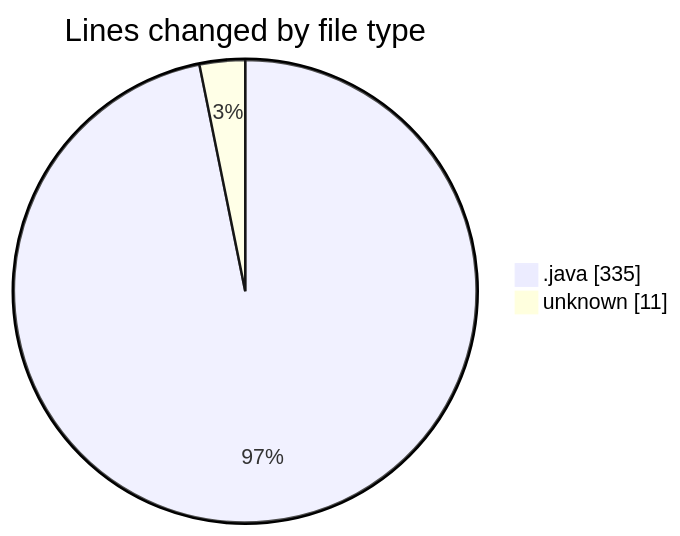
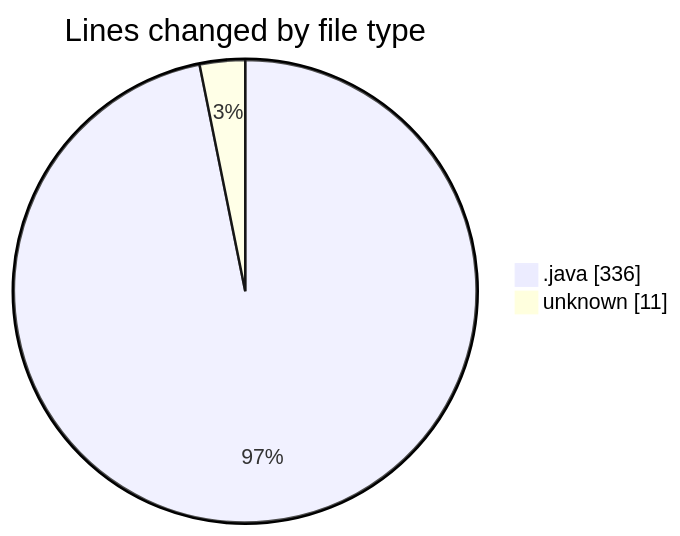
The first of 2 diagrams in 2026-04-27/cilapp/README.md (ricardozamudiocil/code-tracking), drawn with Mermaid before and after one commit. The commit also changed other lines of this file and 1 other file, not shown here.

````diff
--- a/2026-04-27/cilapp/README.md
+++ b/2026-04-27/cilapp/README.md
@@ -22,6 +22,6 @@
 ```mermaid
 pie showData
 title Lines changed by file type
-".java" : 335
+".java" : 336
 "unknown" : 11
 ```
````
